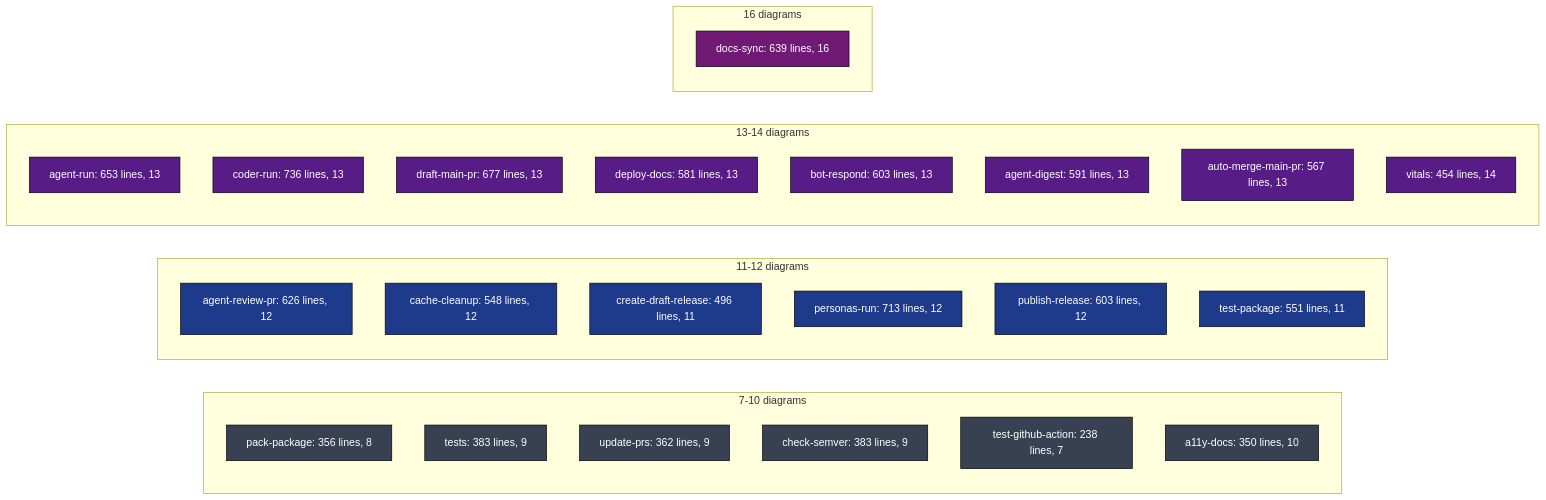
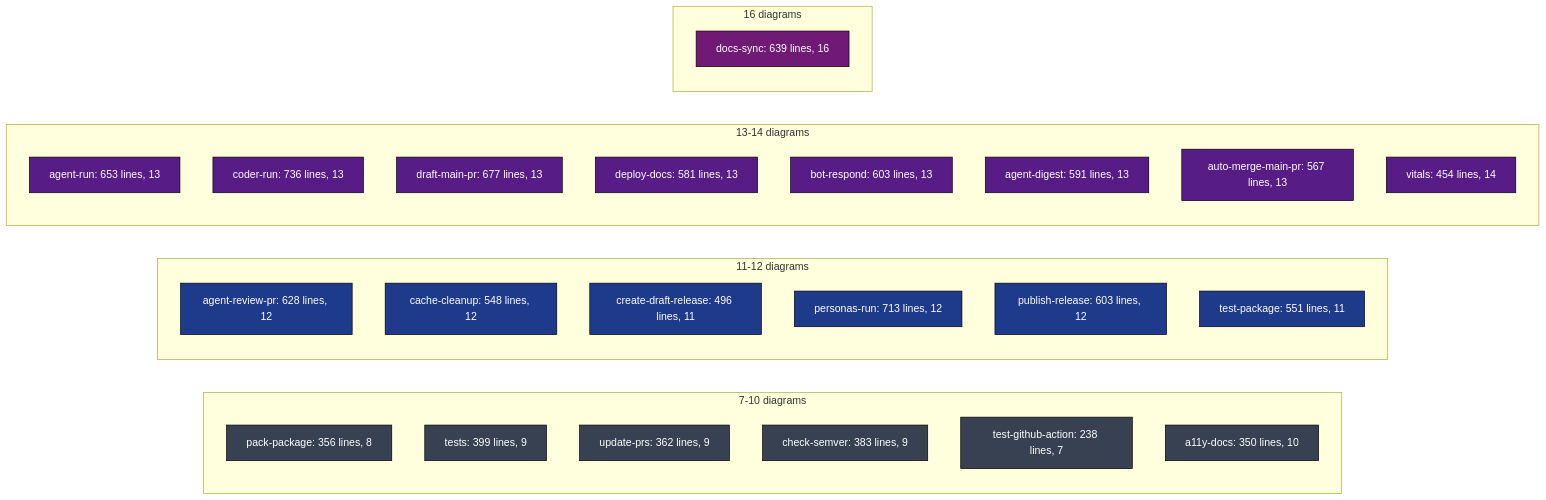
One commit to llm-exe/llm-exe changed the second of 2 diagrams in .github/docs/WORKFLOWS_INDEX.md. Above: the diagram before and after it, drawn with Mermaid. The commit also changed 1 other file, not shown here.

Commit message:
docs: fix stale line counts in workflows index and decide job citation
- WORKFLOWS_INDEX.md: tests 383 -> 399, agent-review-pr 626 -> 628 to
  match the docs grown by this PR
- AGENT_REVIEW_PR_DEEP_DIVE.md: decide job cite 168-233 -> 168-232
  (agent-review-pr.yml is 232 lines)

````diff
--- a/.github/docs/WORKFLOWS_INDEX.md
+++ b/.github/docs/WORKFLOWS_INDEX.md
@@ -114,40 +114,40 @@
 ```mermaid
 flowchart LR
     classDef sm fill:#374151,color:#fff,stroke:#000
     classDef md fill:#1e3a8a,color:#fff,stroke:#000
     classDef lg fill:#581c87,color:#fff,stroke:#000
     classDef xl fill:#701a75,color:#fff,stroke:#000
 
     subgraph Small["7-10 diagrams"]
         S1["pack-package: 356 lines, 8"]:::sm
-        S2["tests: 383 lines, 9"]:::sm
+        S2["tests: 399 lines, 9"]:::sm
         S3["update-prs: 362 lines, 9"]:::sm
         S4["check-semver: 383 lines, 9"]:::sm
         S5["test-github-action: 238 lines, 7"]:::sm
         S6["a11y-docs: 350 lines, 10"]:::sm
     end
 
     subgraph Medium["11-12 diagrams"]
-        M1["agent-review-pr: 626 lines, 12"]:::md
+        M1["agent-review-pr: 628 lines, 12"]:::md
         M2["cache-cleanup: 548 lines, 12"]:::md
         M3["create-draft-release: 496 lines, 11"]:::md
         M4["personas-run: 713 lines, 12"]:::md
         M5["publish-release: 603 lines, 12"]:::md
         M6["test-package: 551 lines, 11"]:::md
     end
 
     subgraph Large["13-14 diagrams"]
         L1["agent-run: 653 lines, 13"]:::lg
         L2["coder-run: 736 lines, 13"]:::lg
         L3["draft-main-pr: 677 lines, 13"]:::lg
         L4["deploy-docs: 581 lines, 13"]:::lg
         L5["bot-respond: 603 lines, 13"]:::lg
         L6["agent-digest: 591 lines, 13"]:::lg
         L7["auto-merge-main-pr: 567 lines, 13"]:::lg
         L8["vitals: 454 lines, 14"]:::lg
     end
 
     subgraph XL["16 diagrams"]
         X1["docs-sync: 639 lines, 16"]:::xl
     end
 ```
````
